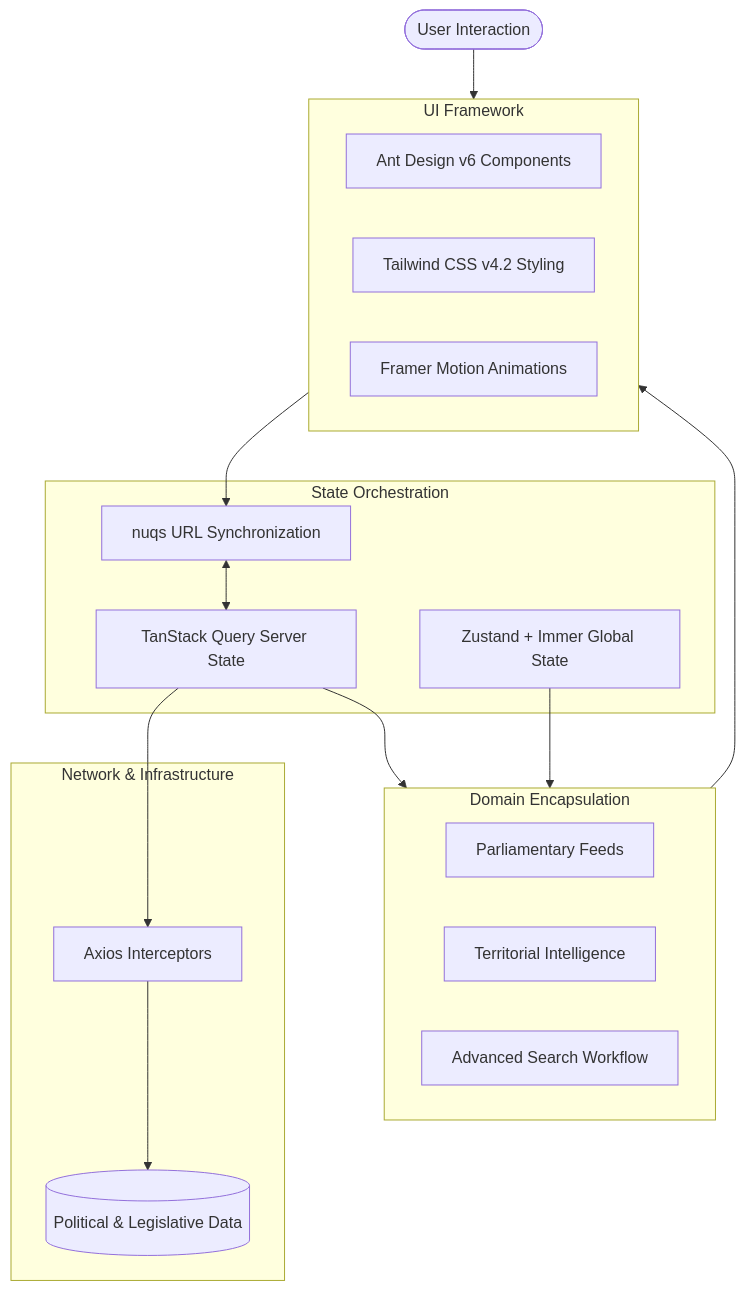
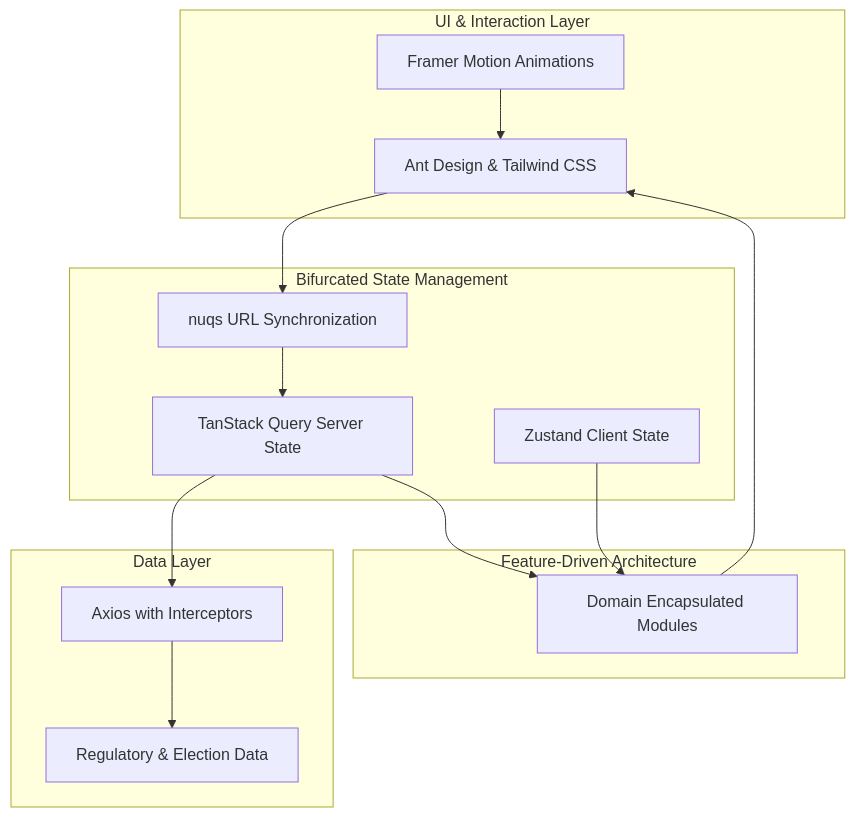
One commit to team-zeroone/zeroone-web-v6 changed the diagram in content/portfolio/(political-data-analysis-platform).md. Above: the diagram before and after it, drawn with Mermaid. The commit also changed other lines of this file, not shown here.

Commit message:
update(portfolio): (Political Data Analysis Platform)

````diff
--- a/content/portfolio/(political-data-analysis-platform).md
+++ b/content/portfolio/(political-data-analysis-platform).md
@@ -20,36 +20,33 @@
 ```mermaid
 %%{init: {'theme': 'default', 'themeVariables': { 'background': '#ffffff', 'canvasBackground': '#ffffff', 'primaryColor': '#fff' }}}%%
 flowchart TD
-  subgraph ClientState [State Orchestration]
-    UrlSync[nuqs URL Synchronization]
-    ZustandStore[Zustand + Immer Global State]
-    TanStackQuery[TanStack Query Server State]
-  end
+    subgraph PresentationLayer [UI & Interaction Layer]
+        ui[Ant Design & Tailwind CSS]
+        motion[Framer Motion Animations]
+    end
 
-  subgraph FeatureDomains [Domain Encapsulation]
-    ParliamentModule[Parliamentary Feeds]
-    TerritorialModule[Territorial Intelligence]
-    SearchModule[Advanced Search Workflow]
-  end
+    subgraph StateOrchestration [Bifurcated State Management]
+        urlSync[nuqs URL Synchronization]
+        clientState[Zustand Client State]
+        serverState[TanStack Query Server State]
+    end
 
-  subgraph PresentationLayer [UI Framework]
-    AntDesign[Ant Design v6 Components]
-    TailwindCSS[Tailwind CSS v4.2 Styling]
-    FramerMotion[Framer Motion Animations]
-  end
+    subgraph DomainLogic [Feature-Driven Architecture]
+        features[Domain Encapsulated Modules]
+    end
 
-  subgraph DataLayer [Network & Infrastructure]
-    AxiosInterceptors[Axios Interceptors]
-    ExternalData[(Political & Legislative Data)]
-  end
+    subgraph DataAccess [Data Layer]
+        apiClient[Axios with Interceptors]
+        dataSources[Regulatory & Election Data]
+    end
 
-  User([User Interaction]) --> PresentationLayer
-  PresentationLayer --> UrlSync
-  UrlSync <--> TanStackQuery
-  TanStackQuery --> AxiosInterceptors
-  AxiosInterceptors --> ExternalData
-  
-  TanStackQuery --> FeatureDomains
-  ZustandStore --> FeatureDomains
-  FeatureDomains --> PresentationLayer
+    ui --> urlSync
+    urlSync --> serverState
+    serverState --> apiClient
+    apiClient --> dataSources
+    
+    serverState --> features
+    clientState --> features
+    features --> ui
+    motion --> ui
 ```
````
